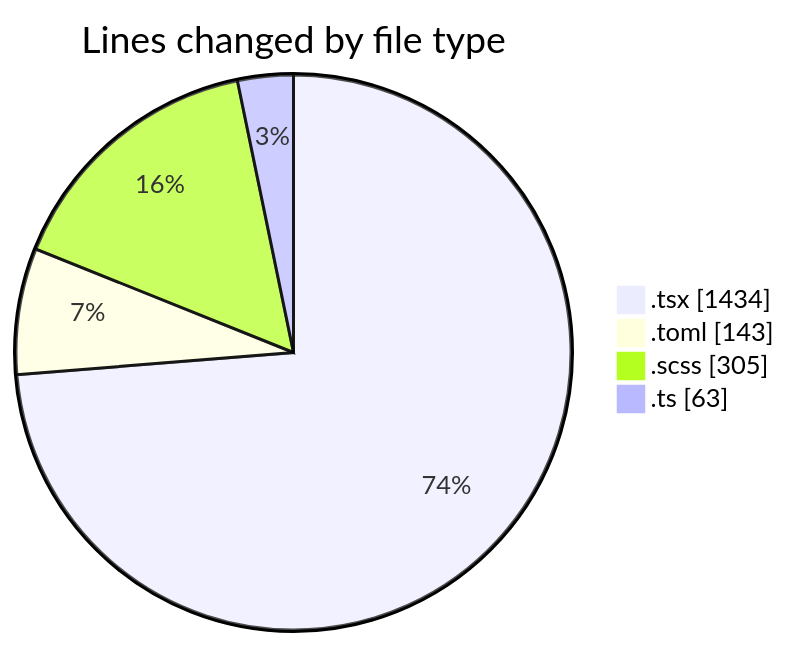
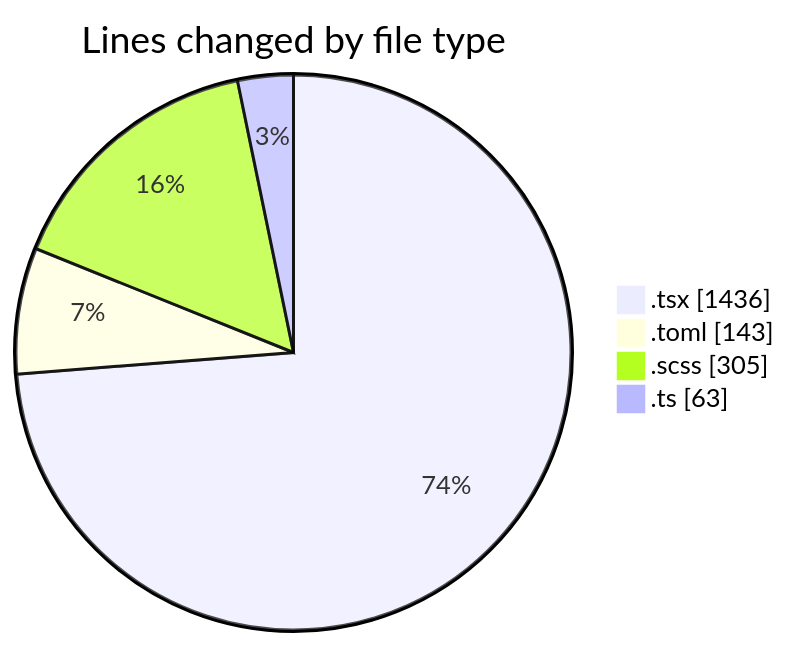
Before and after one commit to momahboobian/code-tracking: the first of 2 diagrams in 2026-11-02/cda/README.md, drawn with Mermaid. The commit also changed other lines of this file and 1 other file, not shown here.

````diff
--- a/2026-11-02/cda/README.md
+++ b/2026-11-02/cda/README.md
@@ -30,8 +30,8 @@
 ```mermaid
 pie showData
 title Lines changed by file type
-".tsx" : 1434
+".tsx" : 1436
 ".toml" : 143
 ".scss" : 305
 ".ts" : 63
 ```
````
